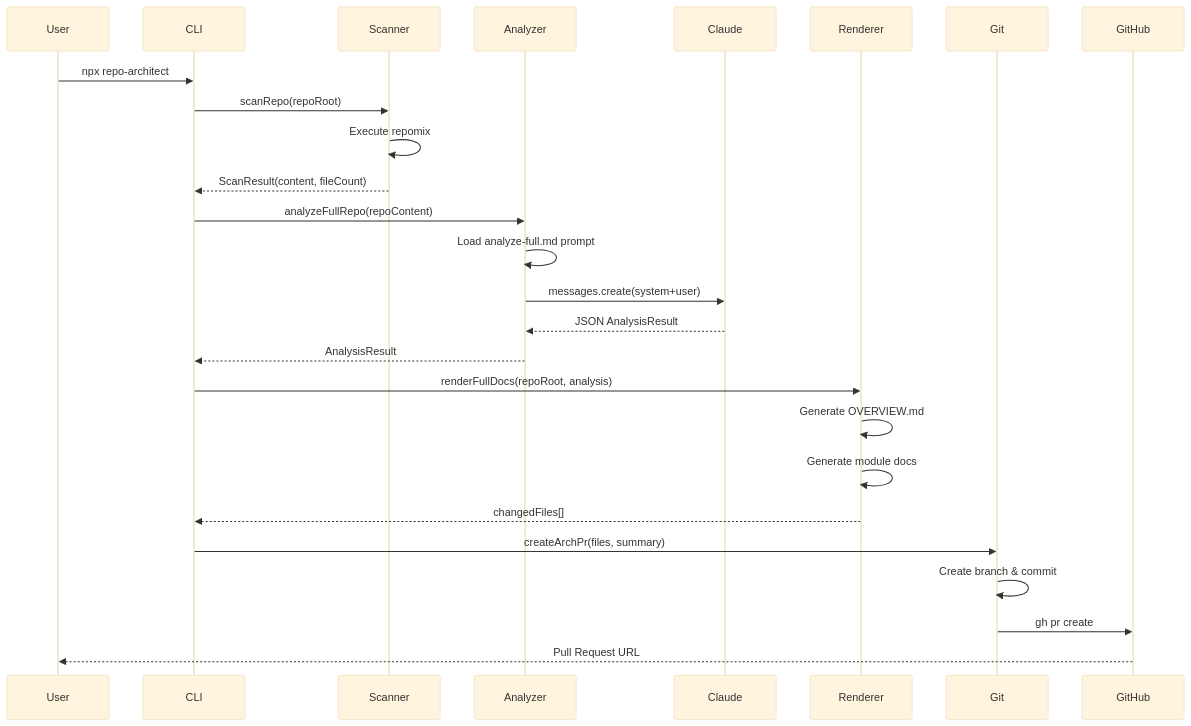
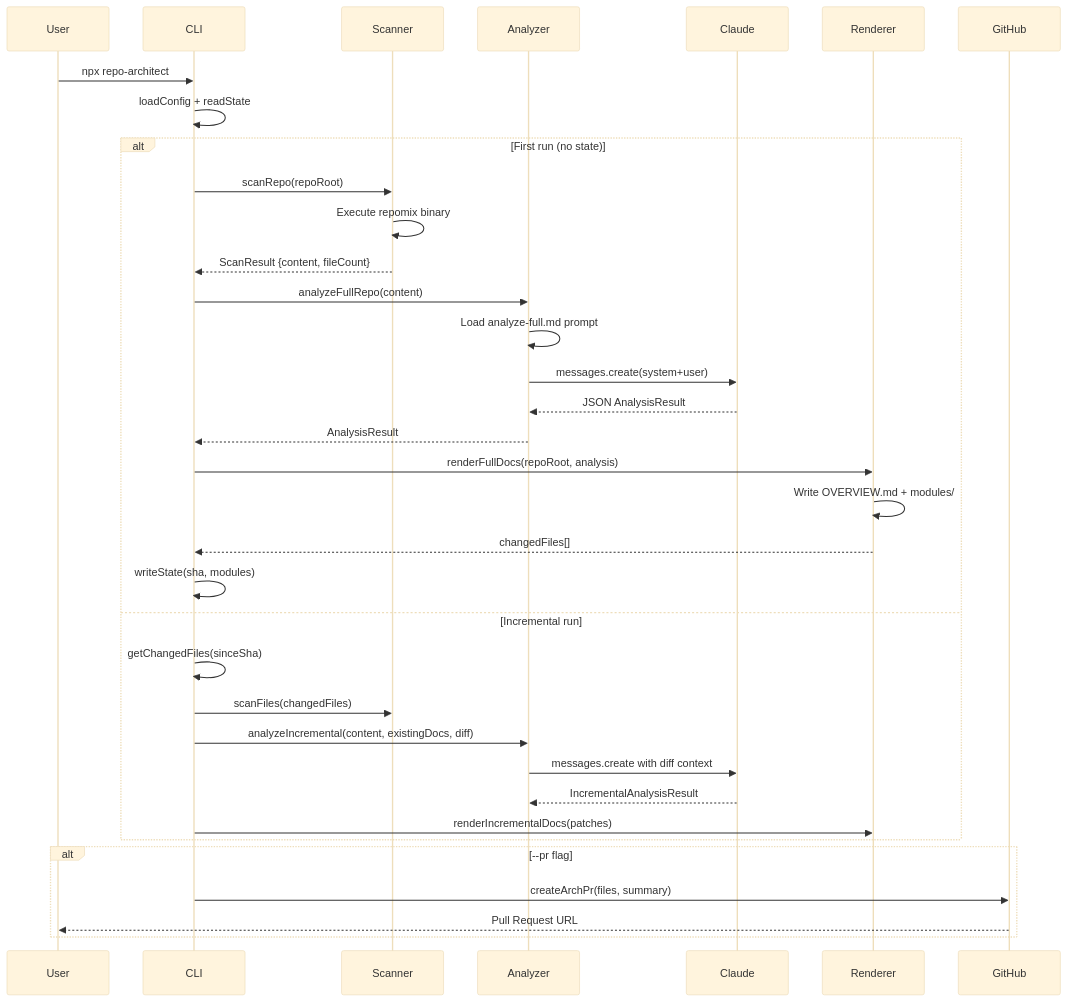
The second of 3 diagrams in docs/architecture/OVERVIEW.md (sergical/repo-architect), drawn with Mermaid (base theme) before and after one commit. The commit also changed other lines of this file and 4 other files, not shown here.

First line of the commit message:
Fix Mermaid diagram bugs: literal \n in labels and unquoted edge labels

````diff
--- a/docs/architecture/OVERVIEW.md
+++ b/docs/architecture/OVERVIEW.md
@@ -52,31 +63,38 @@
 ```mermaid
 sequenceDiagram
     participant User
     participant CLI
     participant Scanner
     participant Analyzer
     participant Claude
     participant Renderer
-    participant Git
-    
+    participant GitHub
+
     User->>CLI: npx repo-architect
-    CLI->>Scanner: scanRepo(repoRoot)
-    Scanner->>Scanner: Execute repomix
-    Scanner-->>CLI: ScanResult(content, fileCount)
-    
-    CLI->>Analyzer: analyzeFullRepo(repoContent)
-    Analyzer->>Analyzer: Load analyze-full.md prompt
-    Analyzer->>Claude: messages.create(system+user)
-    Claude-->>Analyzer: JSON AnalysisResult
-    Analyzer-->>CLI: AnalysisResult
-    
-    CLI->>Renderer: renderFullDocs(repoRoot, analysis)
-    Renderer->>Renderer: Generate OVERVIEW.md
-    Renderer->>Renderer: Generate module docs
-    Renderer-->>CLI: changedFiles[]
-    
-    CLI->>Git: createArchPr(files, summary)
-    Git->>Git: Create branch & commit
-    Git->>GitHub: gh pr create
-    GitHub-->>User: Pull Request URL
+    CLI->>CLI: loadConfig + readState
+    alt First run (no state)
+        CLI->>Scanner: scanRepo(repoRoot)
+        Scanner->>Scanner: Execute repomix binary
+        Scanner-->>CLI: ScanResult {content, fileCount}
+        CLI->>Analyzer: analyzeFullRepo(content)
+        Analyzer->>Analyzer: Load analyze-full.md prompt
+        Analyzer->>Claude: messages.create(system+user)
+        Claude-->>Analyzer: JSON AnalysisResult
+        Analyzer-->>CLI: AnalysisResult
+        CLI->>Renderer: renderFullDocs(repoRoot, analysis)
+        Renderer->>Renderer: Write OVERVIEW.md + modules/
+        Renderer-->>CLI: changedFiles[]
+        CLI->>CLI: writeState(sha, modules)
+    else Incremental run
+        CLI->>CLI: getChangedFiles(sinceSha)
+        CLI->>Scanner: scanFiles(changedFiles)
+        CLI->>Analyzer: analyzeIncremental(content, existingDocs, diff)
+        Analyzer->>Claude: messages.create with diff context
+        Claude-->>Analyzer: IncrementalAnalysisResult
+        CLI->>Renderer: renderIncrementalDocs(patches)
+    end
+    alt --pr flag
+        CLI->>GitHub: createArchPr(files, summary)
+        GitHub-->>User: Pull Request URL
+    end
 ```
````
